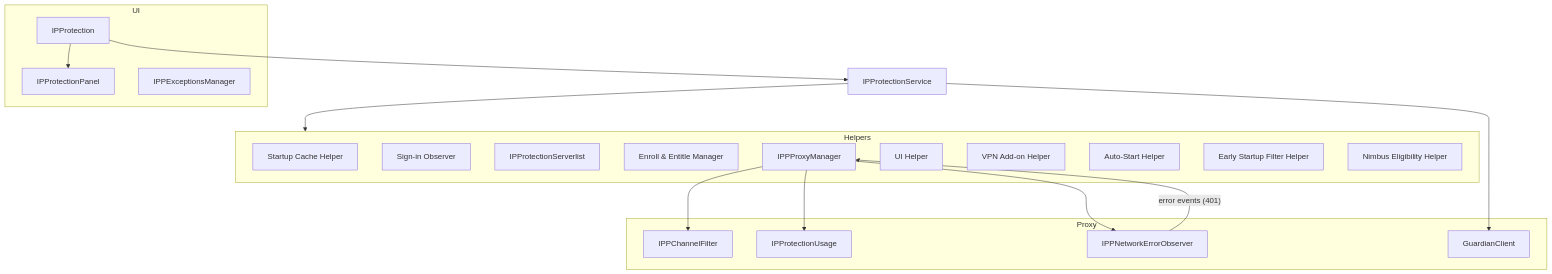
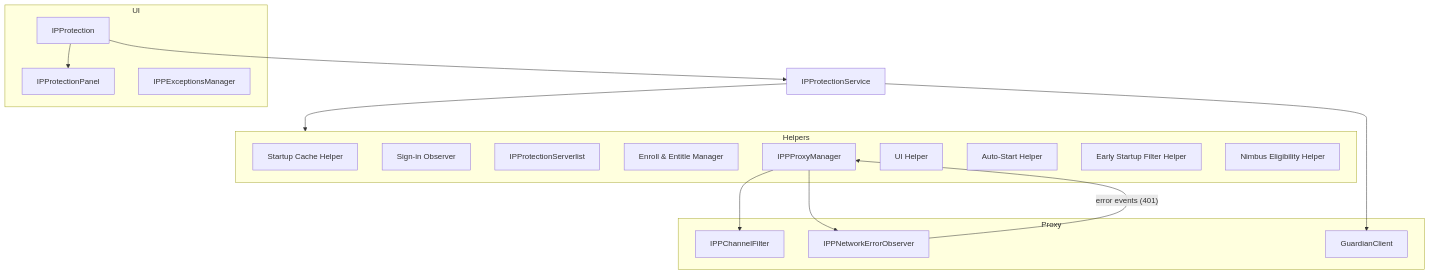
The diagram in browser/components/ipprotection/docs/Components.rst (f3liz-dev/noraneko-runtime), drawn with Mermaid before and after one commit. The commit also changed other lines of this file and 38371 other files, not shown here.

```diff
--- a/browser/components/ipprotection/docs/Components.rst
+++ b/browser/components/ipprotection/docs/Components.rst
@@ -11,52 +11,49 @@
 .. mermaid::
    :align: center
    :caption: IP Protection architecture
 
    flowchart TD
 
      IPProtectionService
 
      Helpers["IPProtectionHelpers"]
 
      %% UI
      subgraph UI
        IPProtection
        IPProtectionPanel
        IPPExceptionsManager
      end
 
      %% Helpers
      subgraph Helpers
        IPPStartupCache["Startup Cache Helper"]
        IPPSignInWatcher["Sign-in Observer"]
        IPProtectionServerlist
        IPPEnrollAndEntitleManager["Enroll & Entitle Manager"]
        IPPProxyManager
        UIHelper["UI Helper"]
-       IPPVPNAddonHelper["VPN Add-on Helper"]
        IPPAutoStart["Auto-Start Helper"]
        IPPEarlyStartupFilter["Early Startup Filter Helper"]
        IPPNimbusHelper["Nimbus Eligibility Helper"]
      end
 
      %% Proxy stack
      subgraph Proxy
        IPPChannelFilter
-       IPProtectionUsage
        IPPNetworkErrorObserver
        GuardianClient
      end
 
      %% Service wiring
      IPProtectionService --> GuardianClient
      IPProtectionService --> Helpers
 
      %% UI wiring
      IPProtection --> IPProtectionPanel
      IPProtection --> IPProtectionService
 
      %% Proxy wiring
      IPPProxyManager --> IPPChannelFilter
-     IPPProxyManager --> IPProtectionUsage
      IPPProxyManager --> IPPNetworkErrorObserver
      IPPNetworkErrorObserver -- "error events (401)" --> IPPProxyManager
```
